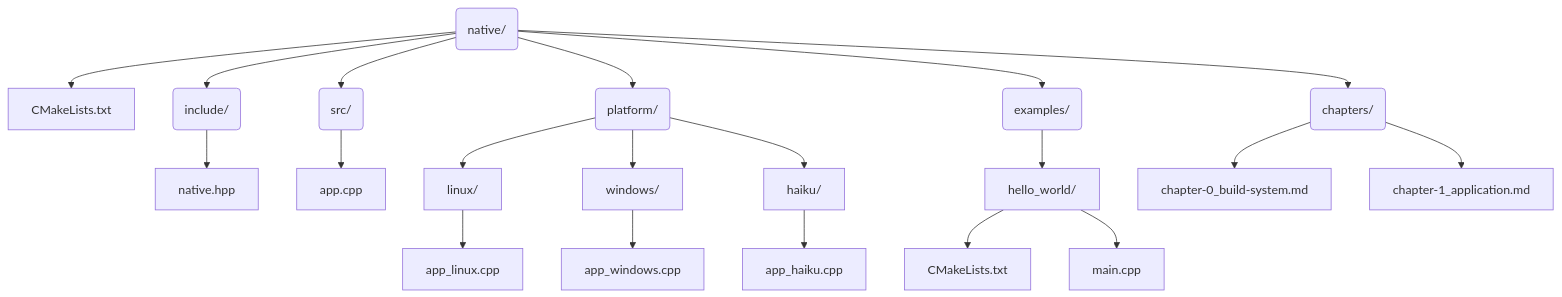
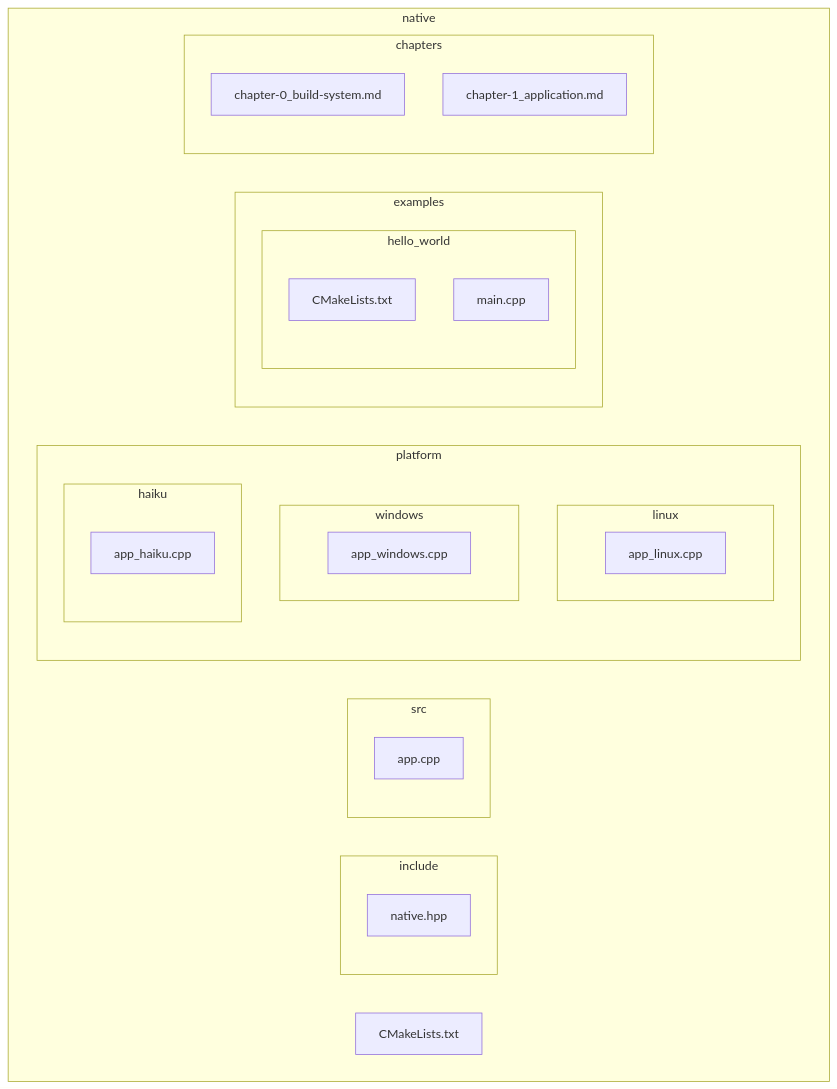
Before and after one commit to wischner/native: the diagram in docs/chapter-0_build-system.md, drawn with Mermaid.

Commit message:
Mermaid fix.

````diff
--- a/docs/chapter-0_build-system.md
+++ b/docs/chapter-0_build-system.md
@@ -27,23 +27,38 @@
 ```mermaid
-graph TD
-    A(native/)
-    A --> B[CMakeLists.txt]
-    A --> C(include/)
-    C --> C1[native.hpp]
-    A --> D(src/)
-    D --> D1[app.cpp]
-    A --> E(platform/)
-    E --> E1[linux/]
-    E1 --> E1a[app_linux.cpp]
-    E --> E2[windows/]
-    E2 --> E2a[app_windows.cpp]
-    E --> E3[haiku/]
-    E3 --> E3a[app_haiku.cpp]
-    A --> F(examples/)
-    F --> F1[hello_world/]
-    F1 --> F1a[CMakeLists.txt]
-    F1 --> F1b[main.cpp]
-    A --> G(chapters/)
-    G --> G1[chapter-0_build-system.md]
-    G --> G2[chapter-1_application.md]
+graph TB
+    subgraph native
+        CMakeLists["CMakeLists.txt"]
+
+        subgraph include
+            native_hpp["native.hpp"]
+        end
+
+        subgraph src
+            app_cpp["app.cpp"]
+        end
+
+        subgraph platform
+            subgraph linux
+                app_linux["app_linux.cpp"]
+            end
+            subgraph windows
+                app_windows["app_windows.cpp"]
+            end
+            subgraph haiku
+                app_haiku["app_haiku.cpp"]
+            end
+        end
+
+        subgraph examples
+            subgraph hello_world
+                example_cmake["CMakeLists.txt"]
+                example_main["main.cpp"]
+            end
+        end
+
+        subgraph chapters
+            chapter0["chapter-0_build-system.md"]
+            chapter1["chapter-1_application.md"]
+        end
+    end
 ```
````
